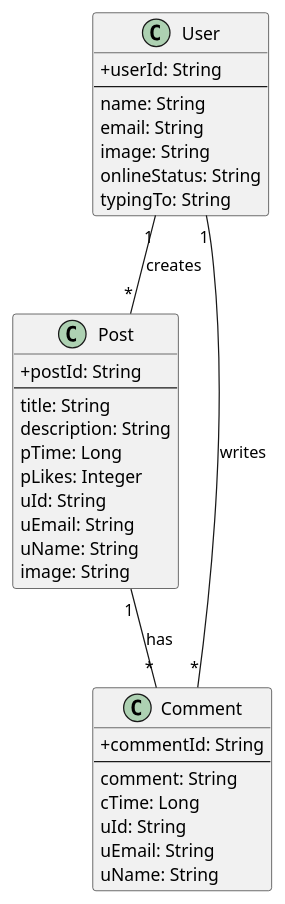
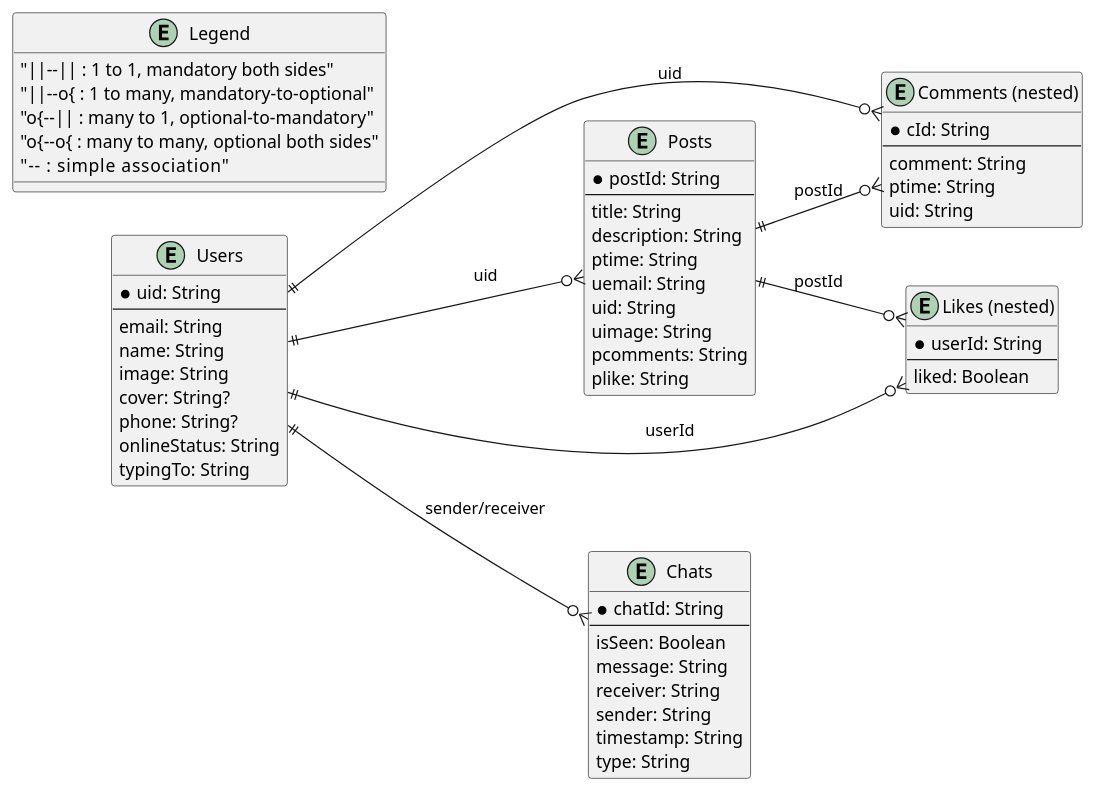
The diagram in app/sampledata/db.puml (AndreeaDraghici/Android-Social-Media-Platform), drawn with PlantUML before and after one commit. The commit also changed 8 other files, not shown here.

Commit message:
updated and added diagrams

```diff
--- a/app/sampledata/db.puml
+++ b/app/sampledata/db.puml
@@ -1,40 +1,77 @@
-@startuml
-skinparam classAttributeIconSize 0
+@startuml DatabaseStructure
+left to right direction
 
-class Post {
-  + postId: String
-  --
-  title: String
-  description: String
-  pTime: Long
-  pLikes: Integer
-  uId: String
-  uEmail: String
-  uName: String
-  image: String
+skinparam entity {
+  BackgroundColor LightYellow
+  BorderColor DarkGreen
+  FontColor DarkBlue
+  FontSize 12
 }
 
-class Comment {
-  + commentId: String
+entity "Users" as Users {
+  * uid: String
   --
-  comment: String
-  cTime: Long
-  uId: String
-  uEmail: String
-  uName: String
-}
-
-class User {
-  + userId: String
-  --
+  email: String
   name: String
-  email: String
   image: String
+  cover: String?
+  phone: String?
   onlineStatus: String
   typingTo: String
 }
 
-Post "1" -- "*" Comment : has
-User "1" -- "*" Post    : creates
-User "1" -- "*" Comment : writes
+entity "Posts" as Posts {
+  * postId: String
+  --
+  title: String
+  description: String
+  ptime: String
+  uemail: String
+  uid: String
+  uimage: String
+  pcomments: String
+  plike: String
+}
+
+entity "Comments (nested)" as Comments {
+  * cId: String
+  --
+  comment: String
+  ptime: String
+  uid: String
+}
+
+entity "Likes (nested)" as Likes {
+  * userId: String
+  --
+  liked: Boolean
+}
+
+entity "Chats" as Chats {
+  * chatId: String
+  --
+  isSeen: Boolean
+  message: String
+  receiver: String
+  sender: String
+  timestamp: String
+  type: String
+}
+
+' Relationships
+Users ||--o{ Posts : "uid"
+Posts ||--o{ Comments : "postId"
+Posts ||--o{ Likes : "postId"
+Users ||--o{ Comments : "uid"
+Users ||--o{ Likes : "userId"
+Users ||--o{ Chats : "sender/receiver"
+
+entity "Legend" as Legend {
+  "||--|| : 1 to 1, mandatory both sides"
+  "||--o{ : 1 to many, mandatory-to-optional"
+  "o{--|| : many to 1, optional-to-mandatory"
+  "o{--o{ : many to many, optional both sides"
+  "--     : simple association"
+}
+
 @enduml
```
